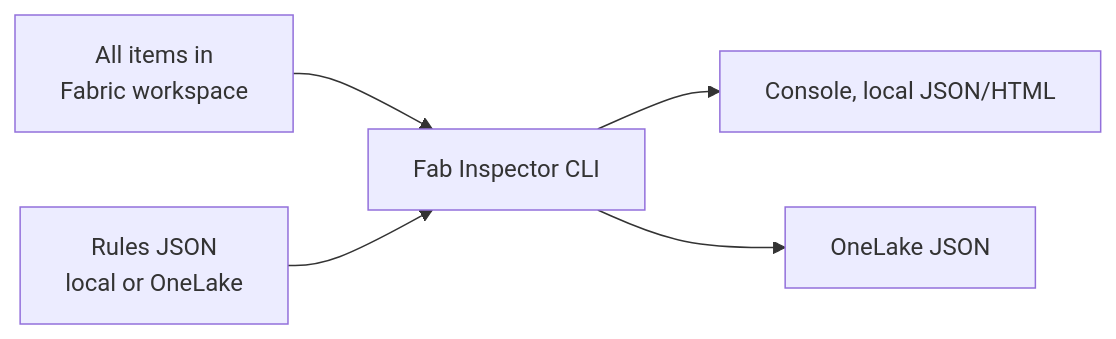
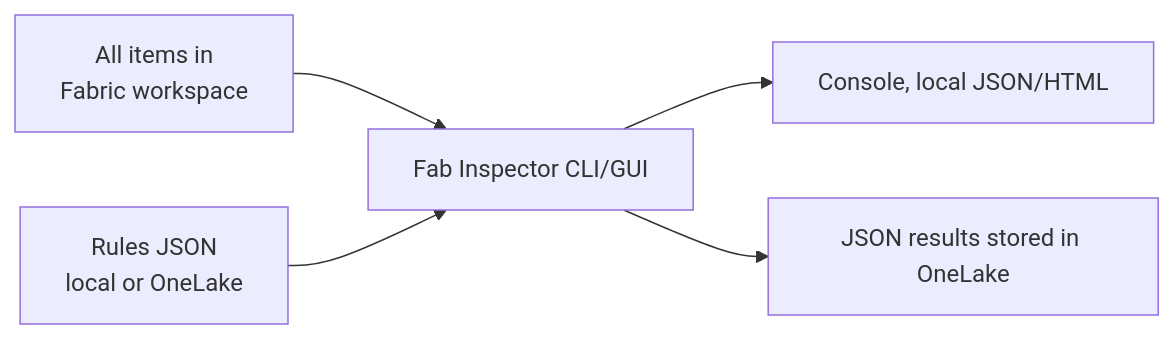
The third of 5 diagrams in docs/usage-scenarios.md (NatVanG/fab-inspector), drawn with Mermaid before and after one commit. The commit also changed other lines of this file and 6 other files, not shown here.

````diff
--- a/docs/usage-scenarios.md
+++ b/docs/usage-scenarios.md
@@ -58,7 +58,7 @@
 ```mermaid
 flowchart LR
-    A[All items in\nFabric workspace] --> C[Fab Inspector CLI]
+    A[All items in\nFabric workspace] --> C[Fab Inspector CLI/GUI]
     B[Rules JSON\nlocal or OneLake] --> C
     C --> D[Console, local JSON/HTML]
-    C --> E[OneLake JSON]
+    C --> E[JSON results stored in OneLake]
 ```
````
